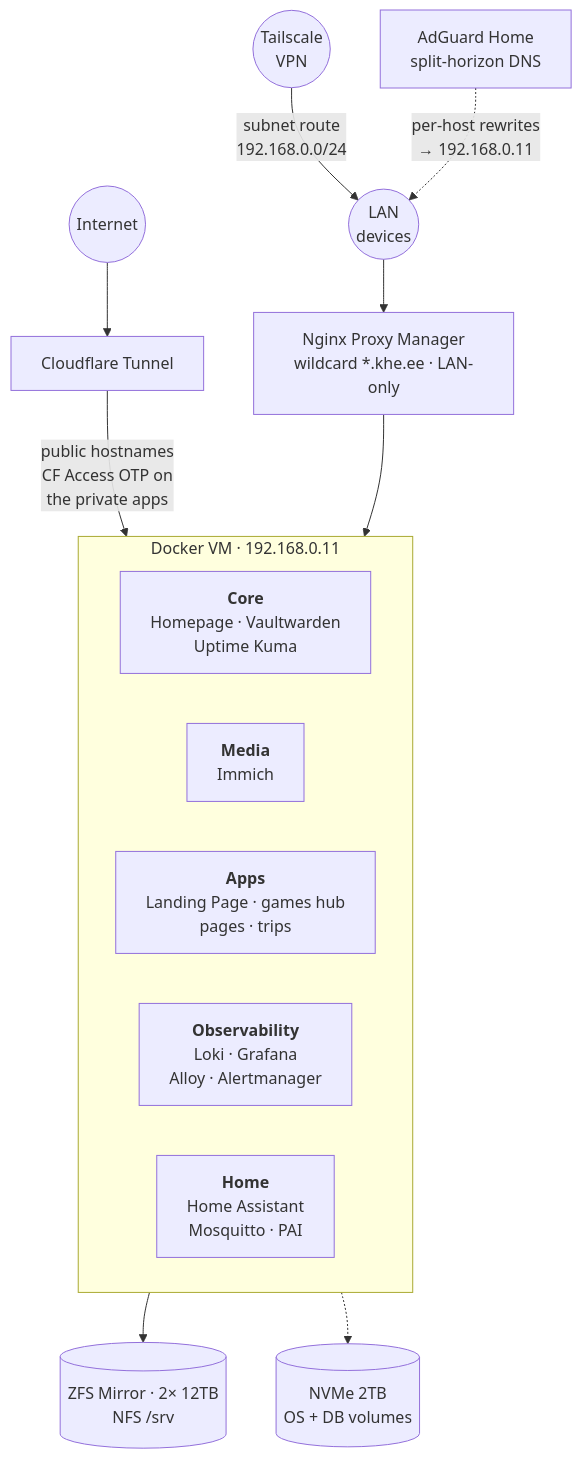
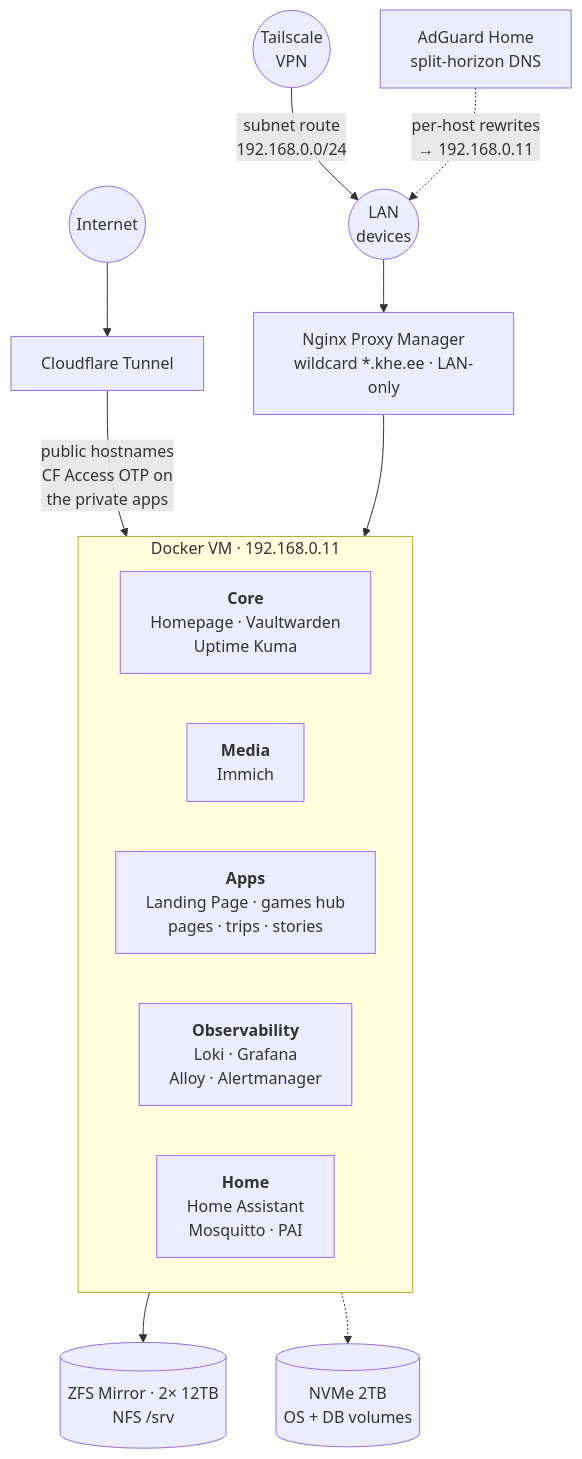
One commit to khelias/khe-homelab changed the diagram in README.md. Above: the diagram before and after it, drawn with Mermaid. The commit also changed other lines of this file and 19 other files, not shown here.

````diff
--- a/README.md
+++ b/README.md
@@ -7,26 +7,26 @@
 ```mermaid
 graph TB
     Internet((Internet))
     VPN((Tailscale<br/>VPN))
     LAN((LAN<br/>devices))
 
     Internet --> CF[Cloudflare Tunnel]
     VPN -->|subnet route<br/>192.168.0.0/24| LAN
     AG[AdGuard Home<br/>split-horizon DNS] -.->|per-host rewrites<br/>→ 192.168.0.11| LAN
     LAN --> NPM[Nginx Proxy Manager<br/>wildcard *.khe.ee · LAN-only]
 
     CF -->|public hostnames<br/>CF Access OTP on<br/>the private apps| DVM
     NPM --> DVM
 
     subgraph DVM[Docker VM · 192.168.0.11]
         direction LR
         Core["<b>Core</b><br/>Homepage · Vaultwarden<br/>Uptime Kuma"]
         Media["<b>Media</b><br/>Immich"]
-        Apps["<b>Apps</b><br/>Landing Page · games hub<br/>pages · trips"]
+        Apps["<b>Apps</b><br/>Landing Page · games hub<br/>pages · trips · stories"]
         Obs["<b>Observability</b><br/>Loki · Grafana<br/>Alloy · Alertmanager"]
         Home["<b>Home</b><br/>Home Assistant<br/>Mosquitto · PAI"]
     end
 
     DVM --> HDD[(ZFS Mirror · 2× 12TB<br/>NFS /srv)]
     DVM -.-> NVMe[(NVMe 2TB<br/>OS + DB volumes)]
 ```
````
